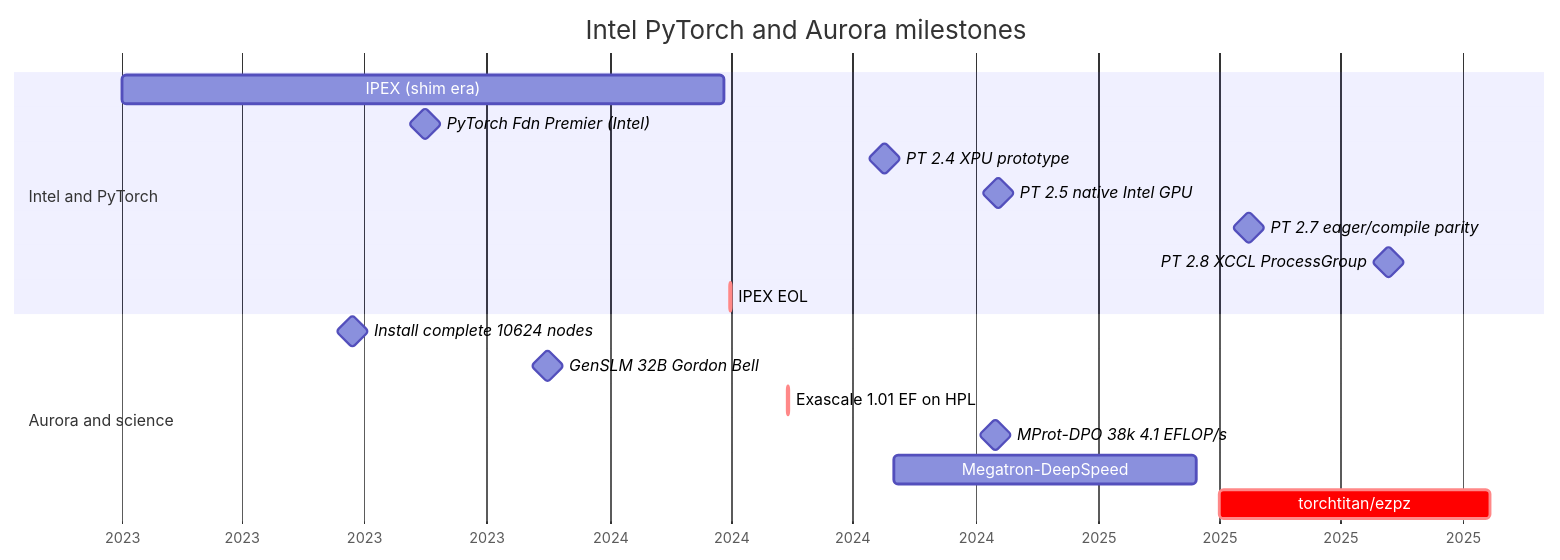
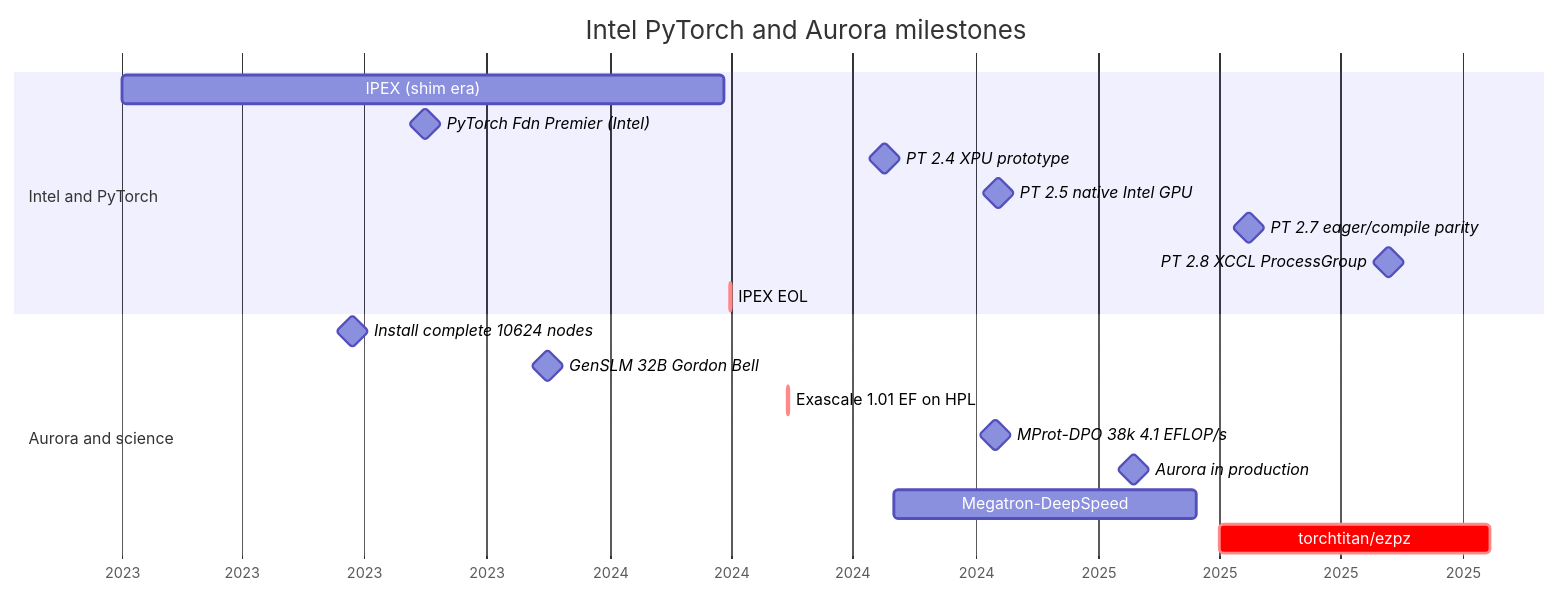
One commit to saforem2/samf.sh changed the first of 3 diagrams in web/src/pages/talks/2026/10/21/index.mdx. Above: the diagram before and after it, drawn with Mermaid.

Commit message:
talk(ptc26): add Aurora production milestone to timeline
Aurora entered production 2025-01-27 per ALCF (HPCwire/InsideHPC
coverage Jan 27-28). Add milestone to the Aurora and science lane
between Exascale 1.01 EF and MProt-DPO; sits at 2025.08 right before
the torchtitan/ezpz crit bar.

````diff
--- a/web/src/pages/talks/2026/10/21/index.mdx
+++ b/web/src/pages/talks/2026/10/21/index.mdx
@@ -123,24 +123,25 @@
 ```mermaid
 %%{init: {'themeCSS': '.titleText{font-size:1.1rem!important;font-weight:700}.taskText{font-size:0.95rem!important;font-weight:600}.taskTextOutsideRight,.taskTextOutsideLeft{font-size:0.9rem!important}.sectionTitle{font-size:1rem!important;font-weight:700}.tick text{font-size:1.05rem!important}.grid .tick line{opacity:0.42}.section0{fill:#f0eaf6!important}.section1{fill:#e8f6f8!important}.done,.active{fill:#e2ddf0!important;stroke:#3532a8!important}.crit{fill:#ee3b24!important;stroke:#c02e1c!important}.milestone{fill:#5149b8!important;stroke:#3532a8!important}'}}%%
 gantt
     title Intel PyTorch and Aurora milestones
     dateFormat  YYYY-MM-DD
     axisFormat  %Y
 
     section Intel and PyTorch
     IPEX (shim era)                    :i1, 2023-01-01, 2024-03-27
     PyTorch Fdn Premier (Intel)        :milestone, i2, 2023-08-15, 1d
     PT 2.4 XPU prototype               :milestone, i3, 2024-07-24, 1d
     PT 2.5 native Intel GPU            :milestone, i4, 2024-10-17, 1d
     PT 2.7 eager/compile parity        :milestone, i5, 2025-04-23, 1d
     PT 2.8 XCCL ProcessGroup           :milestone, i6, 2025-08-06, 1d
     IPEX EOL                           :crit, i7, 2024-03-31, 1d
 
     section Aurora and science
     Install complete 10624 nodes       :milestone, a1e, 2023-06-22, 1d
     GenSLM 32B Gordon Bell              :milestone, a3, 2023-11-15, 1d
     Exascale 1.01 EF on HPL            :crit, a4, 2024-05-13, 1d
     MProt-DPO 38k 4.1 EFLOP/s           :milestone, a5, 2024-10-15, 1d
+    Aurora in production               :milestone, a6, 2025-01-27, 1d
     Megatron-DeepSpeed                 :a7, 2024-08-01, 2025-03-15
     torchtitan/ezpz                      :crit, a8, 2025-04-01, 2025-10-21
 ```
````
